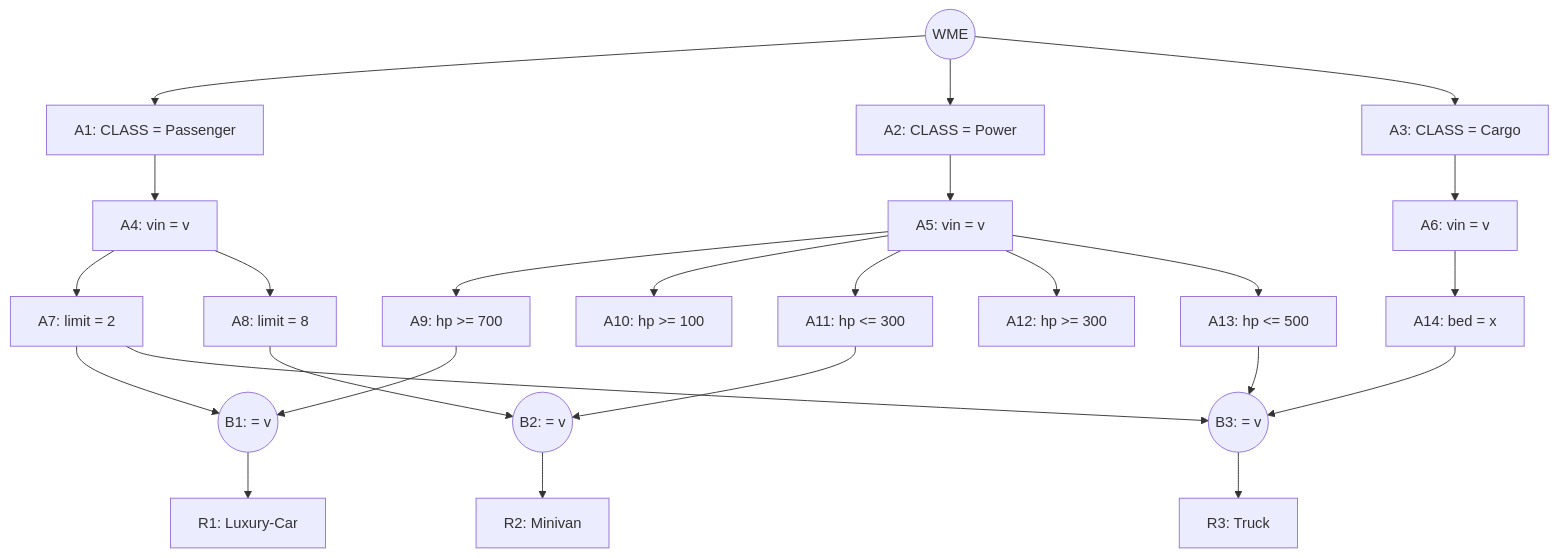
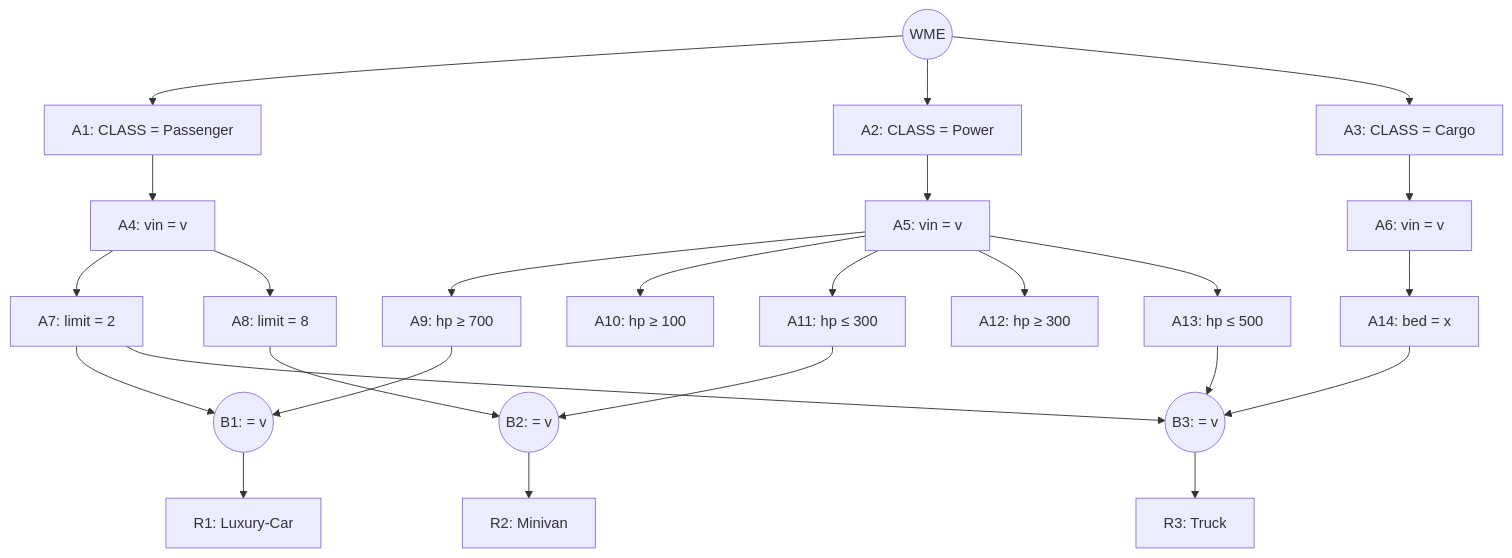
The diagram in src/content/papers/25t3-fn/05-rete.mdx (vbordia/aifu), drawn with Mermaid before and after one commit. The commit also changed other lines of this file and 146 other files, not shown here.

````diff
--- a/src/content/papers/25t3-fn/05-rete.mdx
+++ b/src/content/papers/25t3-fn/05-rete.mdx
@@ -42,28 +42,28 @@
 ```mermaid
 %% wide
 graph TD
     WME(("WME")) --> A1["A1: CLASS = Passenger"]
     WME --> A2["A2: CLASS = Power"]
     WME --> A3["A3: CLASS = Cargo"]
     A1 --> A4["A4: vin = v"]
     A2 --> A5["A5: vin = v"]
     A3 --> A6["A6: vin = v"]
     A4 --> A7["A7: limit = 2"]
     A4 --> A8["A8: limit = 8"]
-    A5 --> A9["A9: hp >= 700"]
-    A5 --> A10["A10: hp >= 100"]
-    A5 --> A11["A11: hp <= 300"]
-    A5 --> A12["A12: hp >= 300"]
-    A5 --> A13["A13: hp <= 500"]
+    A5 --> A9["A9: hp ≥  700"]
+    A5 --> A10["A10: hp ≥  100"]
+    A5 --> A11["A11: hp ≤  300"]
+    A5 --> A12["A12: hp ≥  300"]
+    A5 --> A13["A13: hp ≤  500"]
     A6 --> A14["A14: bed = x"]
     A7 --> B1(("B1: = v"))
     A9 --> B1
     B1 --> R1["R1: Luxury-Car"]
     A8 --> B2(("B2: = v"))
     A11 --> B2
     B2 --> R2["R2: Minivan"]
     A14 --> B3(("B3: = v"))
     A7 --> B3
     A13 --> B3
     B3 --> R3["R3: Truck"]
 ```
````
